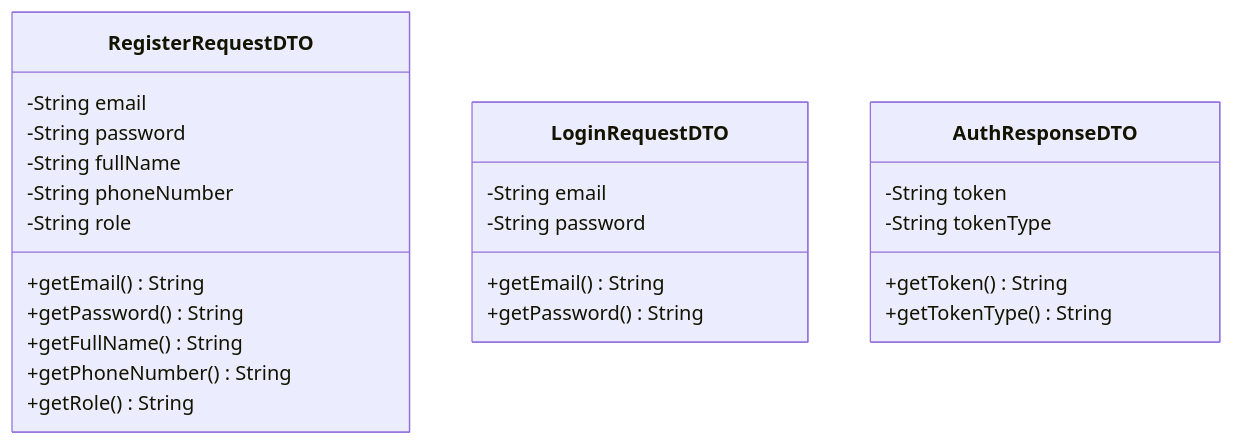
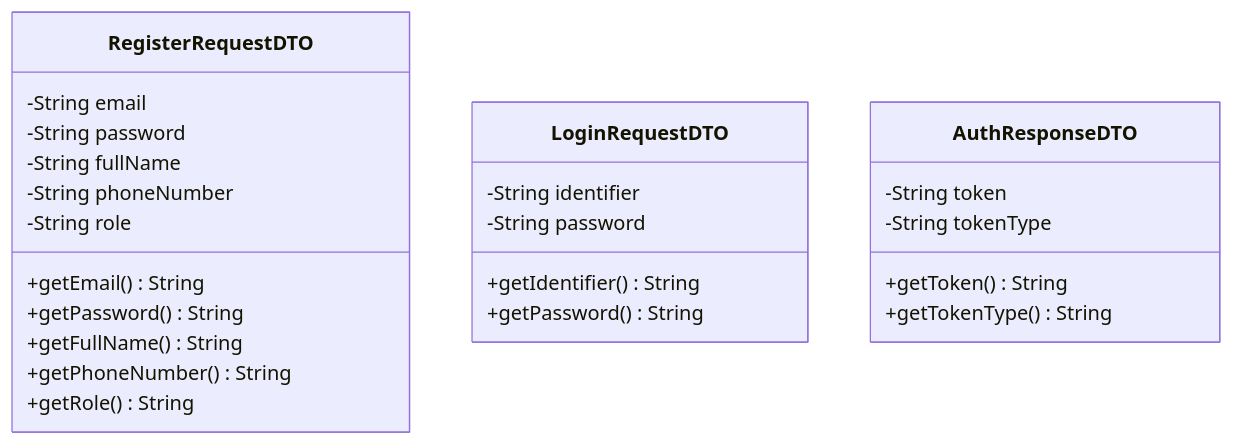
One commit to BlackyB0o/CS261_650001_group5 changed the second of 7 diagrams in docs/task-04/README.md. Above: the diagram before and after it, drawn with Mermaid. The commit also changed other lines of this file, not shown here.

Commit message:
docs: finalize task 04 identifier login and role selection

````diff
--- a/docs/task-04/README.md
+++ b/docs/task-04/README.md
@@ -123,29 +126,29 @@
 ```mermaid
 classDiagram
     class RegisterRequestDTO {
         -String email
         -String password
         -String fullName
         -String phoneNumber
         -String role
         +getEmail() String
         +getPassword() String
         +getFullName() String
         +getPhoneNumber() String
         +getRole() String
     }
 
     class LoginRequestDTO {
-        -String email
+        -String identifier
         -String password
-        +getEmail() String
+        +getIdentifier() String
         +getPassword() String
     }
 
     class AuthResponseDTO {
         -String token
         -String tokenType
         +getToken() String
         +getTokenType() String
     }
 ```
````
